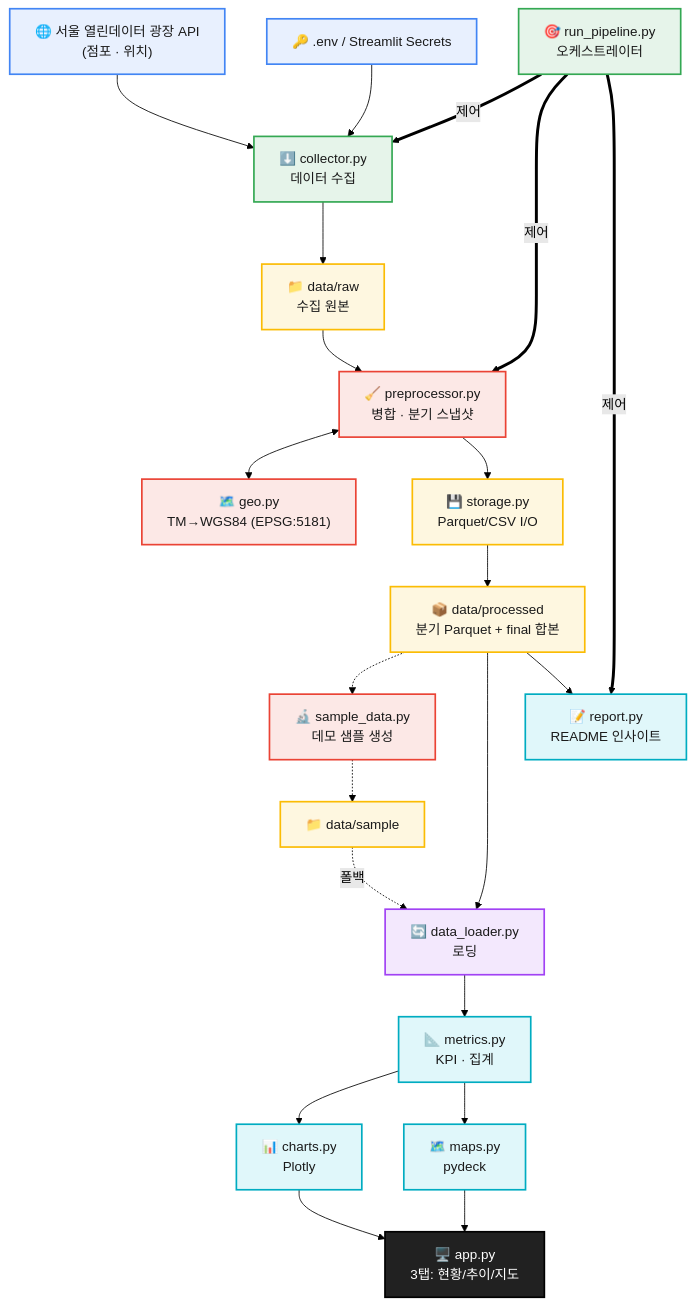
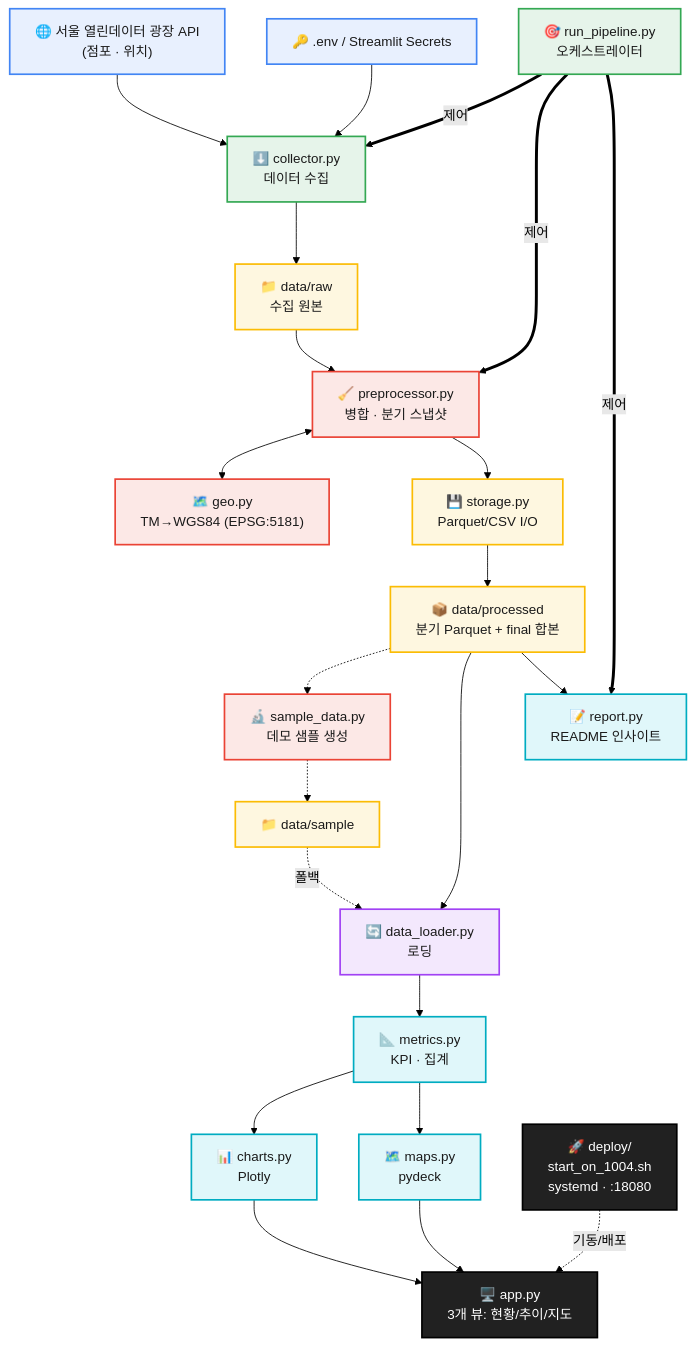
One commit to JamesRhee1/seoul-local-market-remake changed the diagram in README.md. Above: the diagram before and after it, drawn with Mermaid (forest theme). The commit also changed other lines of this file and 7 other files, not shown here.

````diff
--- a/README.md
+++ b/README.md
@@ -327,53 +333,55 @@
 ```mermaid
 flowchart TD
     API["🌐 서울 열린데이터 광장 API<br/>(점포 · 위치)"]:::source
     ENV["🔑 .env / Streamlit Secrets"]:::source
     ORCH["🎯 run_pipeline.py<br/>오케스트레이터"]:::collect
 
     COL["⬇️ collector.py<br/>데이터 수집"]:::collect
     RAW["📁 data/raw<br/>수집 원본"]:::store
 
     PRE["🧹 preprocessor.py<br/>병합 · 분기 스냅샷"]:::process
     GEO["🗺️ geo.py<br/>TM→WGS84 (EPSG:5181)"]:::process
     STIO["💾 storage.py<br/>Parquet/CSV I/O"]:::store
     PROC["📦 data/processed<br/>분기 Parquet + final 합본"]:::store
 
     SMP["🔬 sample_data.py<br/>데모 샘플 생성"]:::process
     SAMPDIR["📁 data/sample"]:::store
 
     LOAD["🔄 data_loader.py<br/>로딩"]:::load
     MET["📐 metrics.py<br/>KPI · 집계"]:::analyze
     CHART["📊 charts.py<br/>Plotly"]:::analyze
     MAPS["🗺️ maps.py<br/>pydeck"]:::analyze
     RPT["📝 report.py<br/>README 인사이트"]:::analyze
-    APP["🖥️ app.py<br/>3탭: 현황/추이/지도"]:::dashboard
+    APP["🖥️ app.py<br/>3개 뷰: 현황/추이/지도"]:::dashboard
+    DEPLOY["🚀 deploy/<br/>start_on_1004.sh<br/>systemd · :18080"]:::dashboard
 
     API --> COL
     ENV --> COL
     ORCH ==>|제어| COL
     COL --> RAW
     RAW --> PRE
     PRE <--> GEO
     PRE --> STIO
     STIO --> PROC
     ORCH ==>|제어| PRE
     PROC -.-> SMP
     SMP -.-> SAMPDIR
     PROC --> LOAD
     SAMPDIR -.->|폴백| LOAD
     LOAD --> MET
     MET --> CHART
     MET --> MAPS
     CHART --> APP
     MAPS --> APP
+    DEPLOY -.->|기동/배포| APP
     ORCH ==>|제어| RPT
     PROC --> RPT
 
     classDef source fill:#E8F0FE,stroke:#4285F4,stroke-width:2px,color:#1a1a1a;
     classDef collect fill:#E6F4EA,stroke:#34A853,stroke-width:2px,color:#1a1a1a;
     classDef store fill:#FEF7E0,stroke:#FBBC04,stroke-width:2px,color:#1a1a1a;
     classDef process fill:#FCE8E6,stroke:#EA4335,stroke-width:2px,color:#1a1a1a;
     classDef load fill:#F3E8FD,stroke:#A142F4,stroke-width:2px,color:#1a1a1a;
     classDef analyze fill:#E0F7FA,stroke:#00ACC1,stroke-width:2px,color:#1a1a1a;
     classDef dashboard fill:#212121,stroke:#000000,stroke-width:2px,color:#ffffff;
 ```
````
